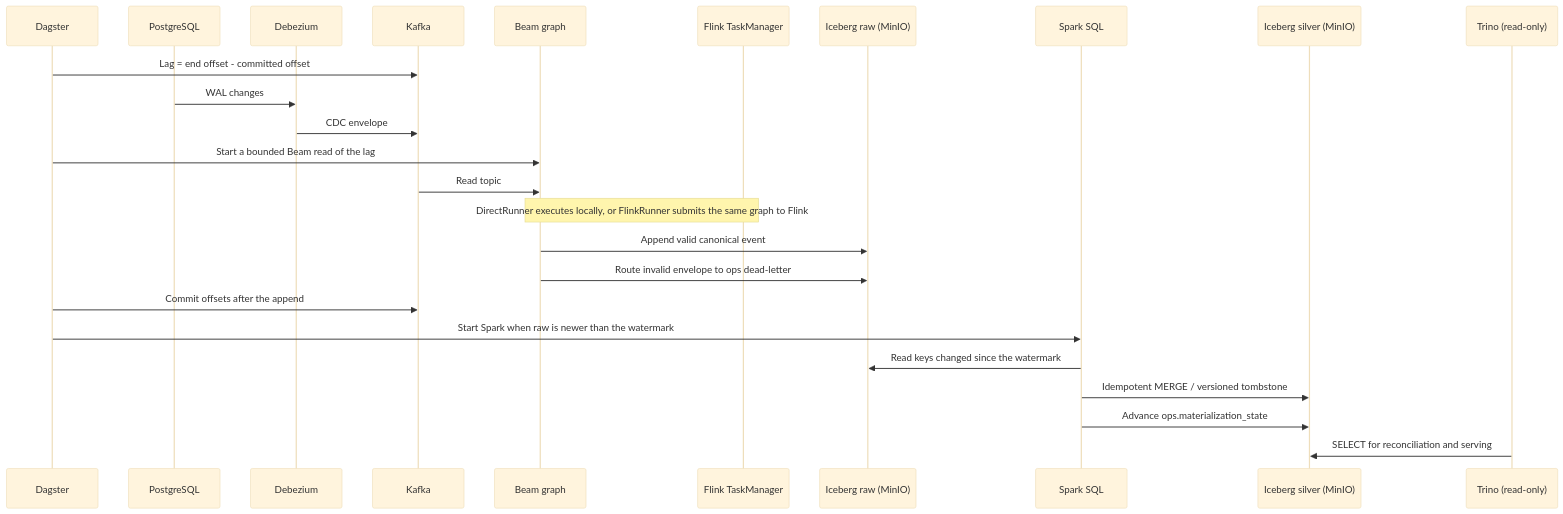
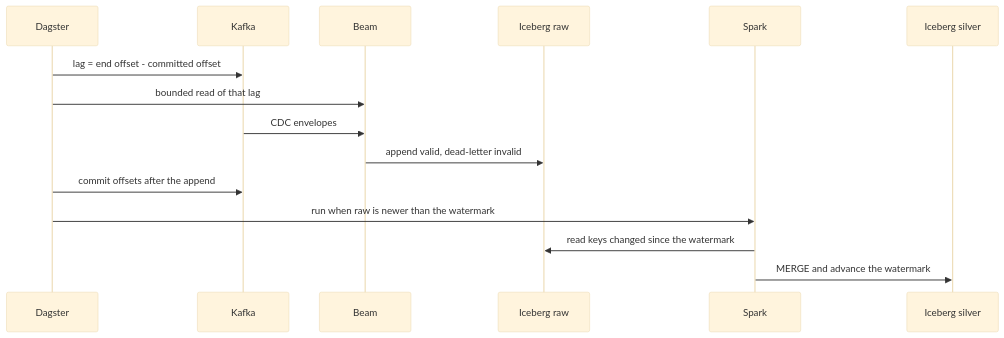
The second of 2 diagrams in README.md (sergio11/portable_cdc_lakehouse_poc), drawn with Mermaid (base theme) before and after one commit. The commit also changed other lines of this file, not shown here.

Commit message:
docs(readme): simplify the architecture and run diagrams

````diff
--- a/README.md
+++ b/README.md
@@ -100,28 +85,18 @@
 ```mermaid
 sequenceDiagram
     participant G as Dagster
-    participant P as PostgreSQL
-    participant D as Debezium
     participant K as Kafka
-    participant B as Beam graph
-    participant F as Flink TaskManager
-    participant R as Iceberg raw (MinIO)
-    participant X as Spark SQL
-    participant S as Iceberg silver (MinIO)
-    participant T as Trino (read-only)
+    participant B as Beam
+    participant R as Iceberg raw
+    participant X as Spark
+    participant S as Iceberg silver
 
-    G->>K: Lag = end offset - committed offset
-    P->>D: WAL changes
-    D->>K: CDC envelope
-    G->>B: Start a bounded Beam read of the lag
-    K->>B: Read topic
-    Note over B,F: DirectRunner executes locally, or FlinkRunner submits the same graph to Flink
-    B->>R: Append valid canonical event
-    B->>R: Route invalid envelope to ops dead-letter
-    G->>K: Commit offsets after the append
-    G->>X: Start Spark when raw is newer than the watermark
-    X->>R: Read keys changed since the watermark
-    X->>S: Idempotent MERGE / versioned tombstone
-    X->>S: Advance ops.materialization_state
-    T->>S: SELECT for reconciliation and serving
+    G->>K: lag = end offset - committed offset
+    G->>B: bounded read of that lag
+    K->>B: CDC envelopes
+    B->>R: append valid, dead-letter invalid
+    G->>K: commit offsets after the append
+    G->>X: run when raw is newer than the watermark
+    X->>R: read keys changed since the watermark
+    X->>S: MERGE and advance the watermark
 ```
````
